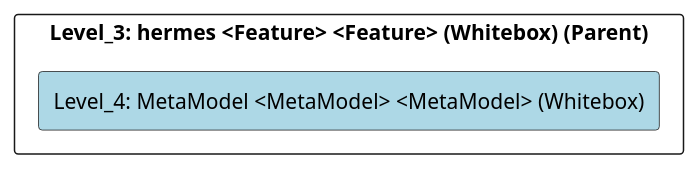
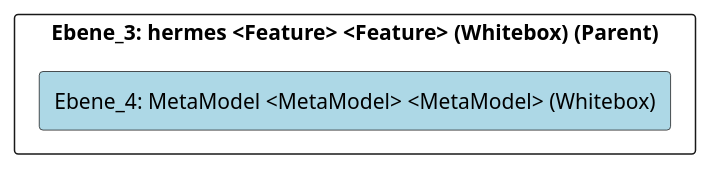
One commit to marcozwyssig/cleon changed the diagram in doc/cleonproject_deliverables_architecture_model_architecture/adoc/de/05_bausteinsicht/cleon/architecture_methods/hermes/metamodel/ebene_4_metamodel.adoc. Above: the diagram before and after it, drawn with PlantUML. The commit also changed other lines of this file and 214 other files, not shown here.

```diff
--- a/doc/cleonproject_deliverables_architecture_model_architecture/adoc/de/05_bausteinsicht/cleon/architecture_methods/hermes/metamodel/ebene_4_metamodel.adoc
+++ b/doc/cleonproject_deliverables_architecture_model_architecture/adoc/de/05_bausteinsicht/cleon/architecture_methods/hermes/metamodel/ebene_4_metamodel.adoc
@@ -20,24 +20,24 @@
-[plantuml, Level_4: MetaModel <MetaModel> <MetaModel> (Whitebox)BlockOverview, format="svg"]
+[plantuml, Ebene_4: MetaModel <MetaModel> <MetaModel> (Whitebox)BlockOverview, format="svg"]
 ----
-@startuml Level_4: MetaModel <MetaModel> <MetaModel> (Whitebox)BuildingBlockOverview
+@startuml Ebene_4: MetaModel <MetaModel> <MetaModel> (Whitebox)BuildingBlockOverview
 
 skinparam ranksep 10
 skinparam componentStyle rectangle
 skinparam shadowing false
 skinparam arrowColor lightblue
 skinparam arrowThickness 1.2
 skinparam rectangle {
   BackgroundColor White
   BorderColor #333
   RoundCorner 10
 }
 top to bottom direction
 
-component "Level_3: hermes <Feature> <Feature> (Whitebox) (Parent)" {
-    component "Level_4: MetaModel <MetaModel> <MetaModel> (Whitebox)" #lightblue {
+component "Ebene_3: hermes <Feature> <Feature> (Whitebox) (Parent)" {
+    component "Ebene_4: MetaModel <MetaModel> <MetaModel> (Whitebox)" #lightblue {
     }
 
 }
 
 @enduml
 ----
```
